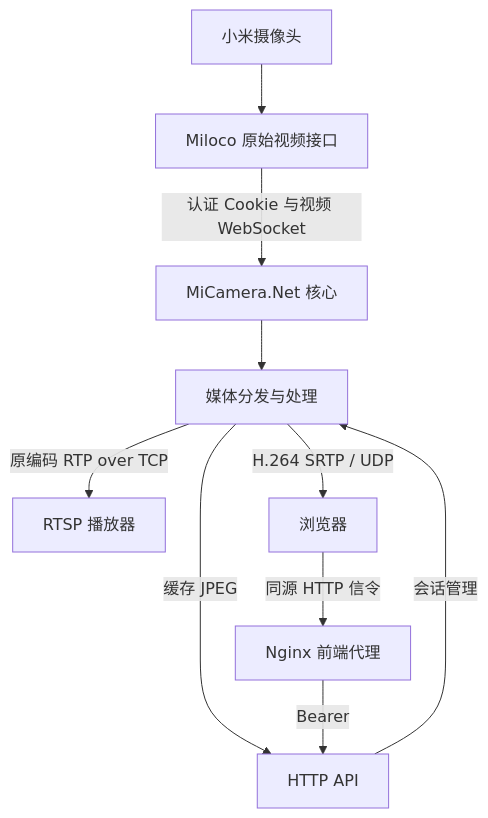
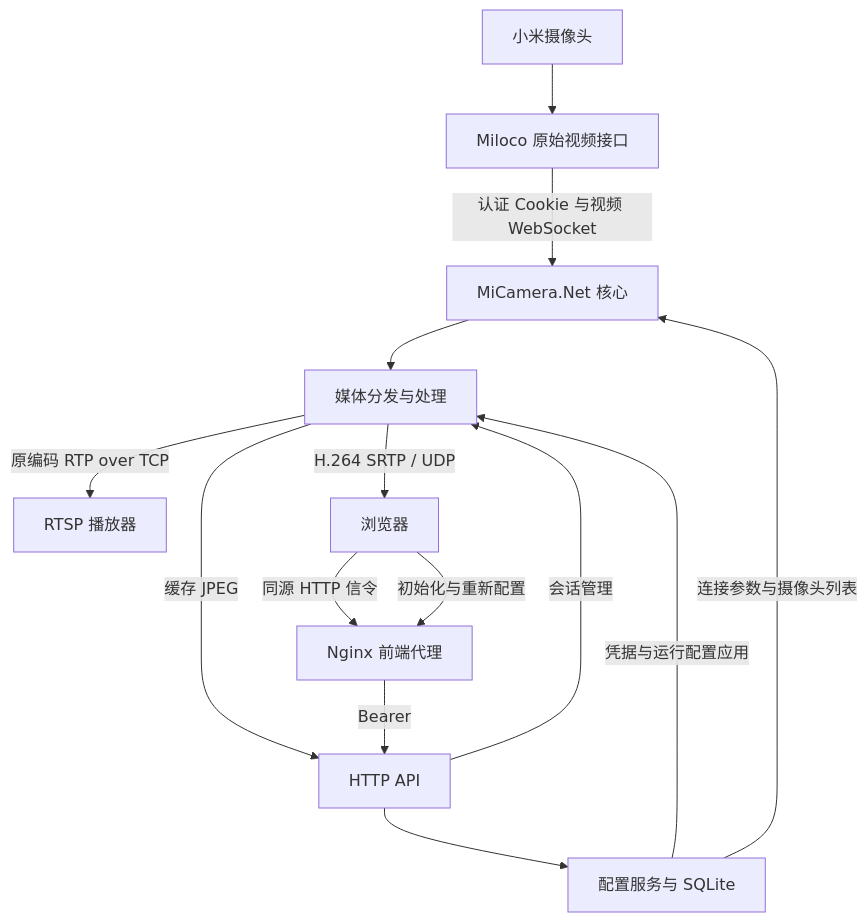
The first of 4 diagrams in docs/02-架构与实现.md (mm7h/MiCamera.Net), drawn with Mermaid before and after one commit. The commit also changed other lines of this file and 87 other files, not shown here.

````diff
--- a/docs/02-架构与实现.md
+++ b/docs/02-架构与实现.md
@@ -10,12 +10,16 @@
 ```mermaid
 flowchart TD
     C[小米摄像头] --> M[Miloco 原始视频接口]
     M -->|认证 Cookie 与视频 WebSocket| K[MiCamera.Net 核心]
     K --> V[媒体分发与处理]
     V -->|原编码 RTP over TCP| R[RTSP 播放器]
     V -->|缓存 JPEG| A[HTTP API]
     V -->|H.264 SRTP / UDP| B[浏览器]
     B -->|同源 HTTP 信令| N[Nginx 前端代理]
     N -->|Bearer| A
     A -->|会话管理| V
+    B -->|初始化与重新配置| N
+    A --> S[配置服务与 SQLite]
+    S -->|连接参数与摄像头列表| K
+    S -->|凭据与运行配置应用| V
 ```
````
